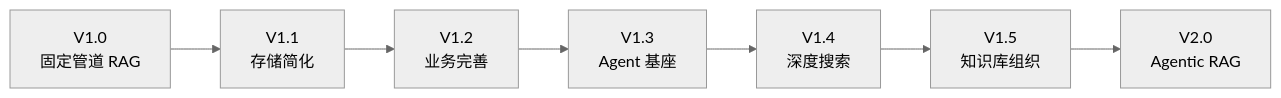
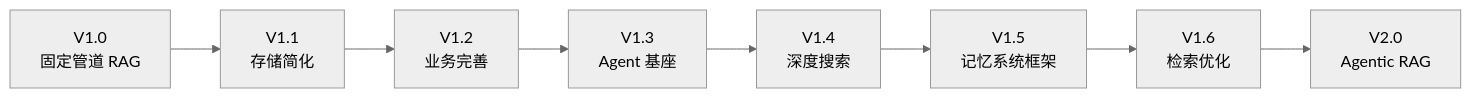
The first of 6 diagrams in docs/ROADMAP.md (int2t05/Cognik), drawn with Mermaid (neutral theme) before and after one commit. The commit also changed other lines of this file and 7 other files, not shown here.

````diff
--- a/docs/ROADMAP.md
+++ b/docs/ROADMAP.md
@@ -15,9 +15,10 @@
 ```mermaid
 flowchart LR
     V1["V1.0<br/>固定管道 RAG"] --> V11["V1.1<br/>存储简化"]
     V11 --> V12["V1.2<br/>业务完善"]
     V12 --> V13["V1.3<br/>Agent 基座"]
     V13 --> V14["V1.4<br/>深度搜索"]
-    V14 --> V15["V1.5<br/>知识库组织"]
-    V15 --> V2["V2.0<br/>Agentic RAG"]
+    V14 --> V15["V1.5<br/>记忆系统框架"]
+    V15 --> V16["V1.6<br/>检索优化"]
+    V16 --> V2["V2.0<br/>Agentic RAG"]
 ```
````
